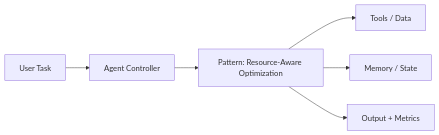
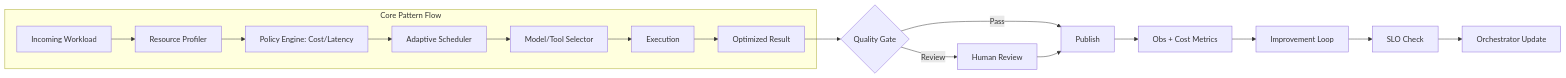
Before and after one commit to vivekreeves/agentic-design-patterns-lab: the diagram in notebooks/level_04_production_agent_systems/16_resource_aware_optimization_architecture.md, drawn with Mermaid. The commit also changed 71 other files, not shown here.

````diff
--- a/notebooks/level_04_production_agent_systems/16_resource_aware_optimization_architecture.md
+++ b/notebooks/level_04_production_agent_systems/16_resource_aware_optimization_architecture.md
@@ -5,8 +5,19 @@
 ```mermaid
 flowchart LR
-  Q[User Task] --> A[Agent Controller]
-  A --> P[Pattern: Resource-Aware Optimization]
-  P --> T[Tools / Data]
-  P --> M[Memory / State]
-  P --> O[Output + Metrics]
+  subgraph CoreFlow[Core Pattern Flow]
+    W[Incoming Workload] --> PF[Resource Profiler]
+    PF --> PO[Policy Engine: Cost/Latency]
+    PO --> SCH[Adaptive Scheduler]
+    SCH --> SEL[Model/Tool Selector]
+    SEL --> EX[Execution]
+    EX --> O[Optimized Result]
+  end
+  O --> QG{Quality Gate}
+  QG -->|Pass| PUB[Publish]
+  QG -->|Review| HREV[Human Review]
+  HREV --> PUB
+  PUB --> OBS[Obs + Cost Metrics]
+  OBS --> LOOP[Improvement Loop]
+  LOOP --> SLO[SLO Check]
+  SLO --> ORCH[Orchestrator Update]
 ```
````
